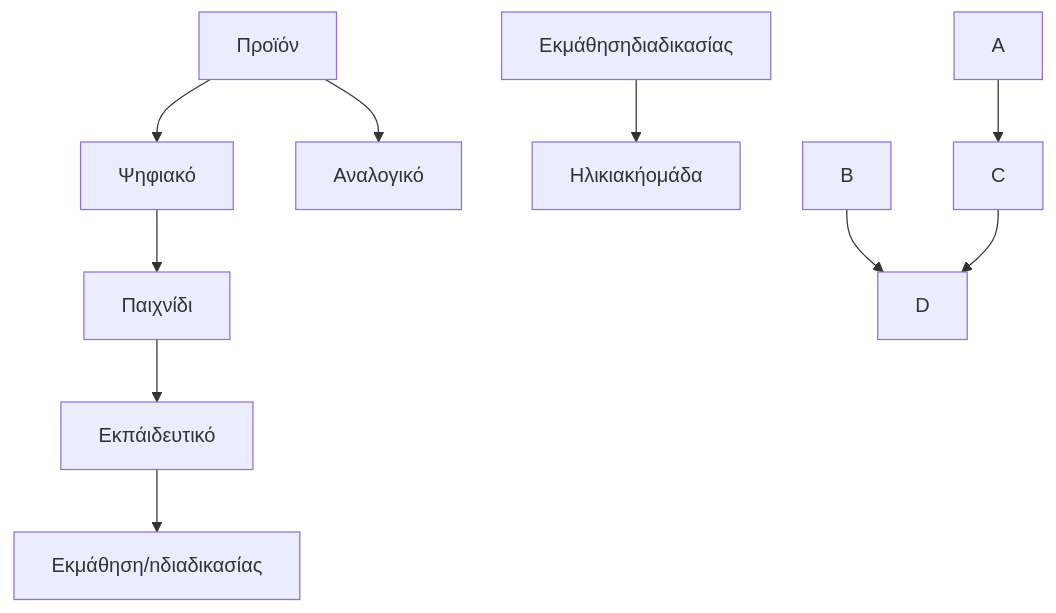
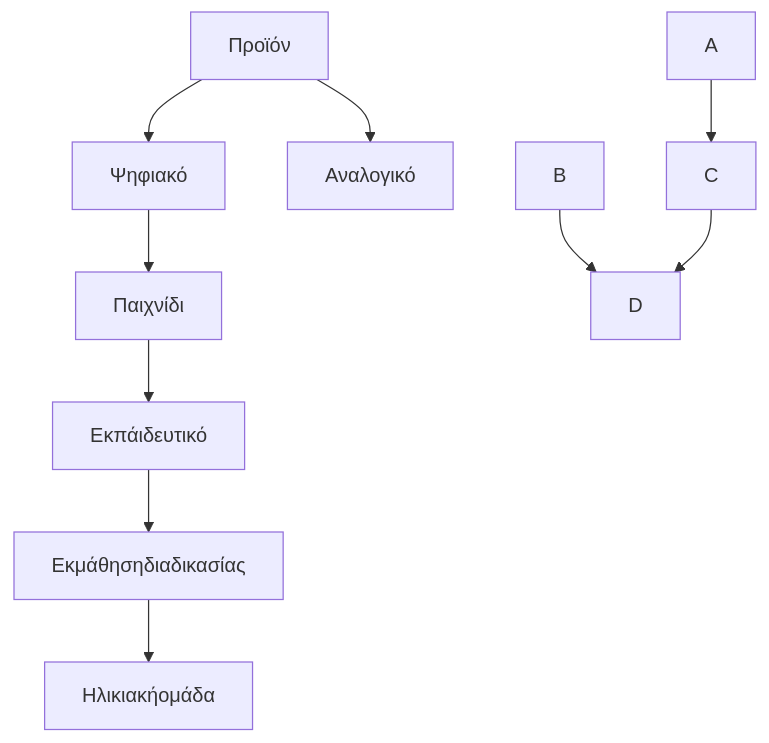
One commit to Ebabouraki/Interaction-Design-Project-Assignment changed the diagram in our_report/README.md. Above: the diagram before and after it, drawn with Mermaid.

````diff
--- a/our_report/README.md
+++ b/our_report/README.md
@@ -200,16 +200,16 @@
 ```mermaid
   graph TD;
       Προϊόν --> Ψηφιακό;
       Προϊόν --> Αναλογικό;
       Ψηφιακό --> Παιχνίδι;
       Παιχνίδι --> Εκπάιδευτικό;
-      Εκπάιδευτικό --> Εκμάθηση/nδιαδικασίας;
+      Εκπάιδευτικό --> Εκμάθησηδιαδικασίας;
       Εκμάθησηδιαδικασίας --> Ηλικιακήομάδα;
     
     
       
          
       A-->C;
       B-->D;
       C-->D;
 ```
````
